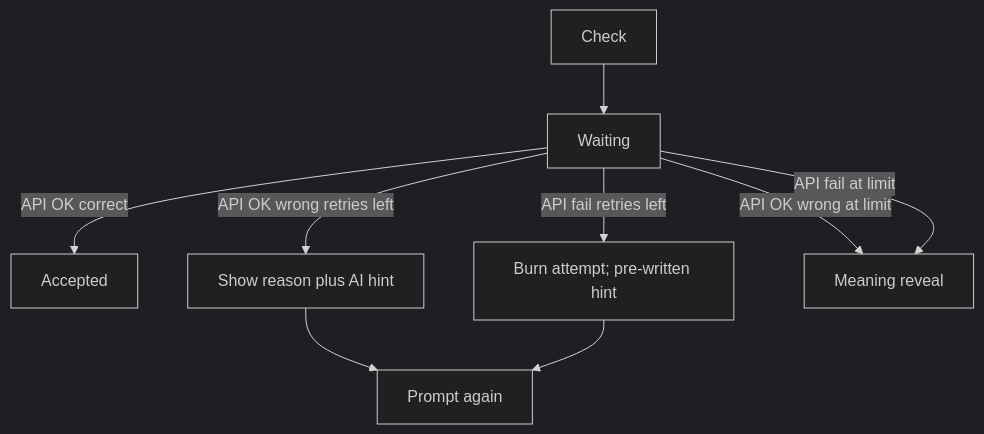
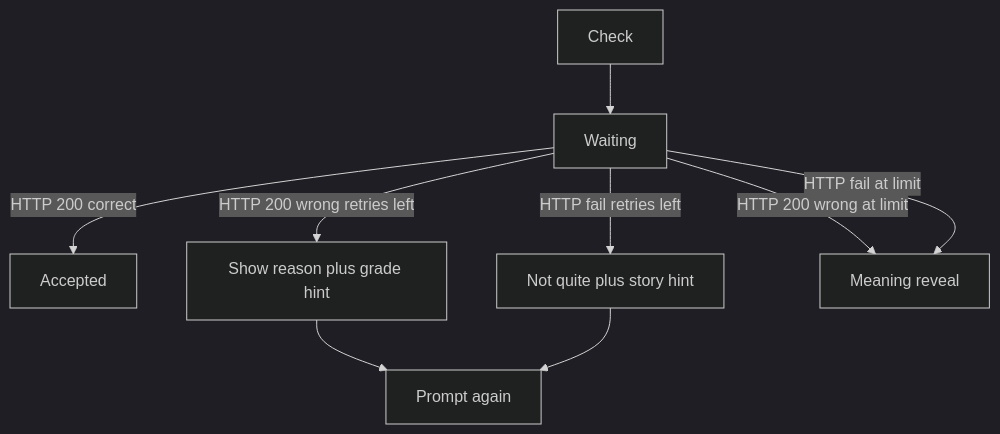
Before and after one commit to niksonndev/nerdy-story: the second of 3 diagrams in docs/story-navigation.md, drawn with Mermaid (dark theme). The commit also changed other lines of this file and 6 other files, not shown here.

First line of the commit message:
docs: document local grade fallback and HTTP-fail UX

````diff
--- a/docs/story-navigation.md
+++ b/docs/story-navigation.md
@@ -33,18 +35,18 @@
 ```mermaid
 flowchart TD
   check[Check]
   wait[Waiting]
   accepted[Accepted]
-  liveHint[Show reason plus AI hint]
-  fallback[Burn attempt; pre-written hint]
+  gradeHint[Show reason plus grade hint]
+  transportFallback[Not quite plus story hint]
   reveal[Meaning reveal]
   prompt[Prompt again]
   check --> wait
-  wait -->|API OK correct| accepted
-  wait -->|API OK wrong retries left| liveHint
-  wait -->|API OK wrong at limit| reveal
-  wait -->|API fail retries left| fallback
-  wait -->|API fail at limit| reveal
-  liveHint --> prompt
-  fallback --> prompt
+  wait -->|HTTP 200 correct| accepted
+  wait -->|HTTP 200 wrong retries left| gradeHint
+  wait -->|HTTP 200 wrong at limit| reveal
+  wait -->|HTTP fail retries left| transportFallback
+  wait -->|HTTP fail at limit| reveal
+  gradeHint --> prompt
+  transportFallback --> prompt
 ```
````
